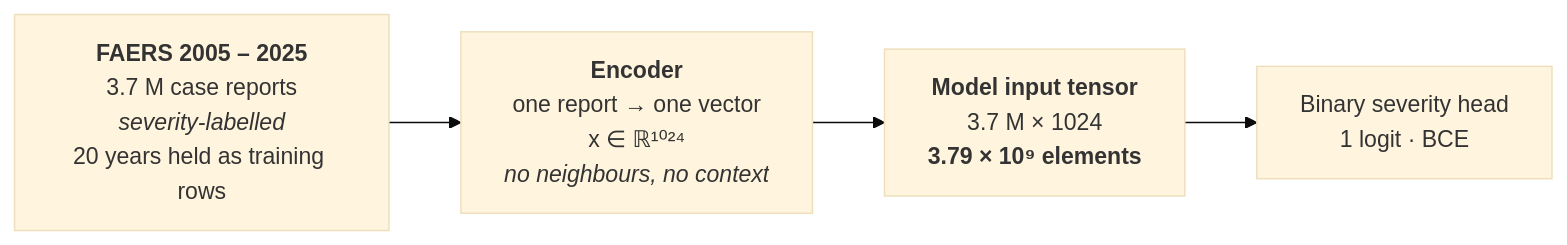
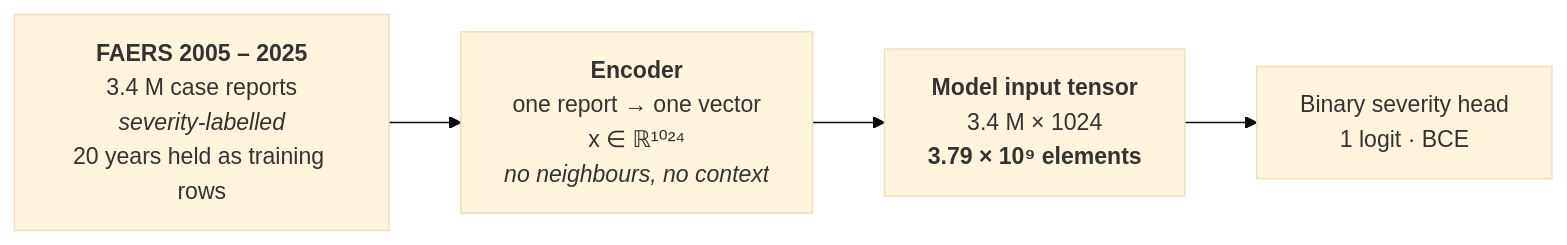
One commit to nexusmed-ai/EMNLP2026 changed the first of 2 diagrams in README.md. Above: the diagram before and after it, drawn with Mermaid (base theme). The commit also changed other lines of this file, not shown here.

Commit message:
Update FAERS case report statistics in README

````diff
--- a/README.md
+++ b/README.md
@@ -26,8 +26,8 @@
 ```mermaid
 flowchart LR
-    A["<b>FAERS 2005 – 2025</b><br/>3.7 M case reports<br/><i>severity-labelled</i><br/>20 years held as training rows"]
+    A["<b>FAERS 2005 – 2025</b><br/>3.4 M case reports<br/><i>severity-labelled</i><br/>20 years held as training rows"]
     B["<b>Encoder</b><br/>one report → one vector<br/>x ∈ ℝ¹⁰²⁴<br/><i>no neighbours, no context</i>"]
-    C["<b>Model input tensor</b><br/>3.7 M × 1024<br/><b>3.79 × 10⁹ elements</b>"]
+    C["<b>Model input tensor</b><br/>3.4 M × 1024<br/><b>3.79 × 10⁹ elements</b>"]
     D["Binary severity head<br/>1 logit · BCE"]
     A --> B --> C --> D
 ```
````
